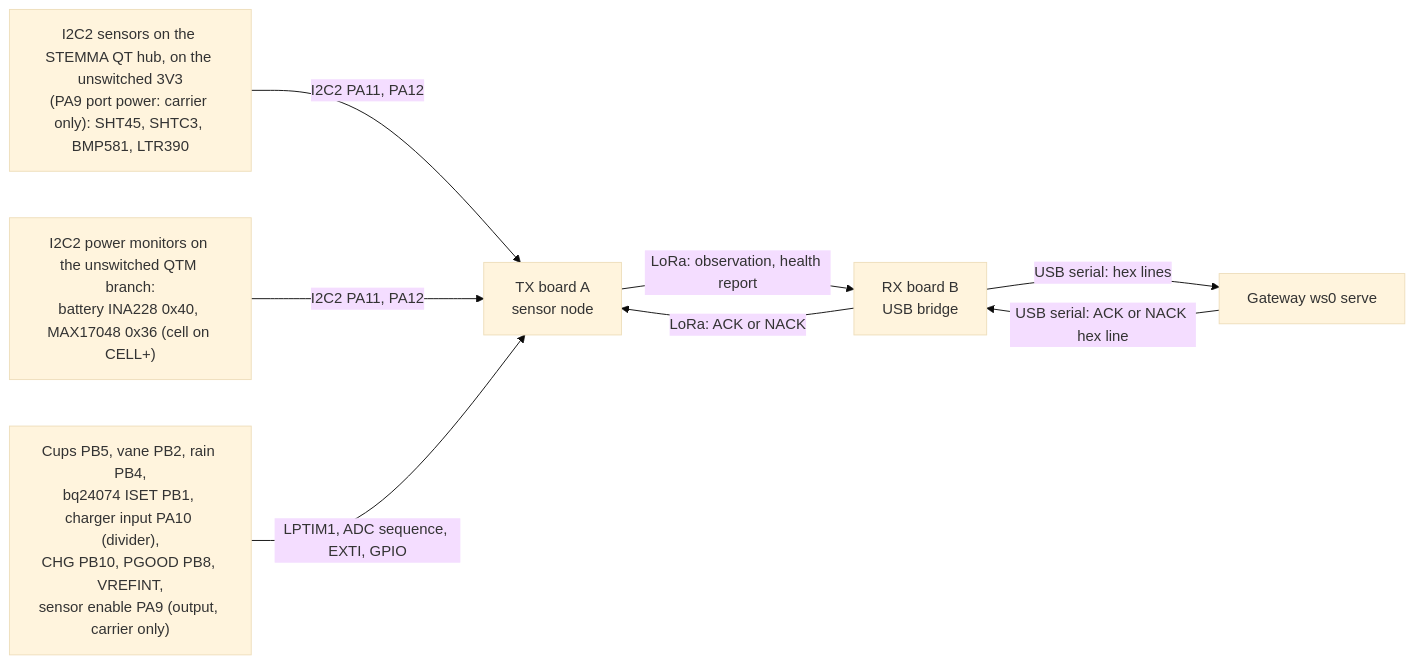
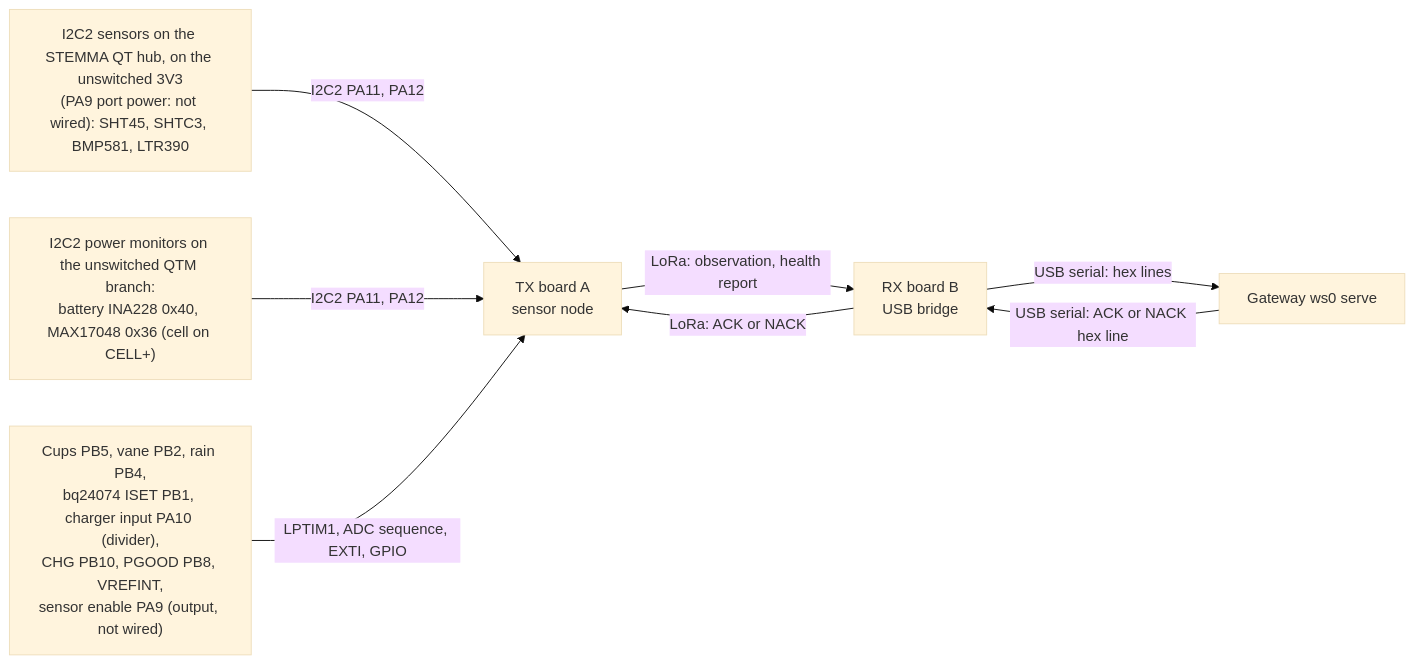
The first of 8 diagrams in firmware/stage0-node/README.md (clintecker/weather-station-2026), drawn with Mermaid (base theme) before and after one commit. The commit also changed other lines of this file and 192 other files, not shown here.

````diff
--- a/firmware/stage0-node/README.md
+++ b/firmware/stage0-node/README.md
@@ -15,10 +15,10 @@
 ```mermaid
 flowchart LR
-  I2C["I2C2 sensors on the STEMMA QT hub, on the unswitched 3V3<br/>(PA9 port power: carrier only): SHT45, SHTC3, BMP581, LTR390"] -->|"I2C2 PA11, PA12"| TX["TX board A<br/>sensor node"]
+  I2C["I2C2 sensors on the STEMMA QT hub, on the unswitched 3V3<br/>(PA9 port power: not wired): SHT45, SHTC3, BMP581, LTR390"] -->|"I2C2 PA11, PA12"| TX["TX board A<br/>sensor node"]
   MON["I2C2 power monitors on the unswitched QTM branch:<br/>battery INA228 0x40, MAX17048 0x36 (cell on CELL+)"] -->|"I2C2 PA11, PA12"| TX
-  PINS["Cups PB5, vane PB2, rain PB4,<br/>bq24074 ISET PB1, charger input PA10 (divider),<br/>CHG PB10, PGOOD PB8, VREFINT,<br/>sensor enable PA9 (output, carrier only)"] -->|"LPTIM1, ADC sequence, EXTI, GPIO"| TX
+  PINS["Cups PB5, vane PB2, rain PB4,<br/>bq24074 ISET PB1, charger input PA10 (divider),<br/>CHG PB10, PGOOD PB8, VREFINT,<br/>sensor enable PA9 (output, not wired)"] -->|"LPTIM1, ADC sequence, EXTI, GPIO"| TX
   TX -->|"LoRa: observation, health report"| RX["RX board B<br/>USB bridge"]
   RX -->|"LoRa: ACK or NACK"| TX
   RX -->|"USB serial: hex lines"| GW["Gateway ws0 serve"]
   GW -->|"USB serial: ACK or NACK hex line"| RX
 ```
````
